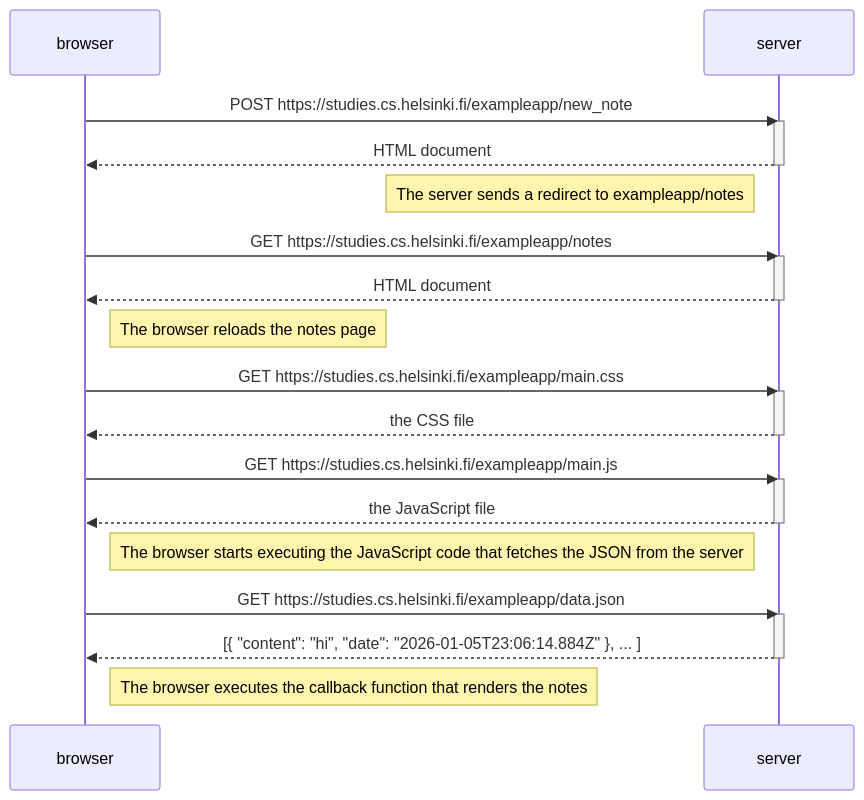
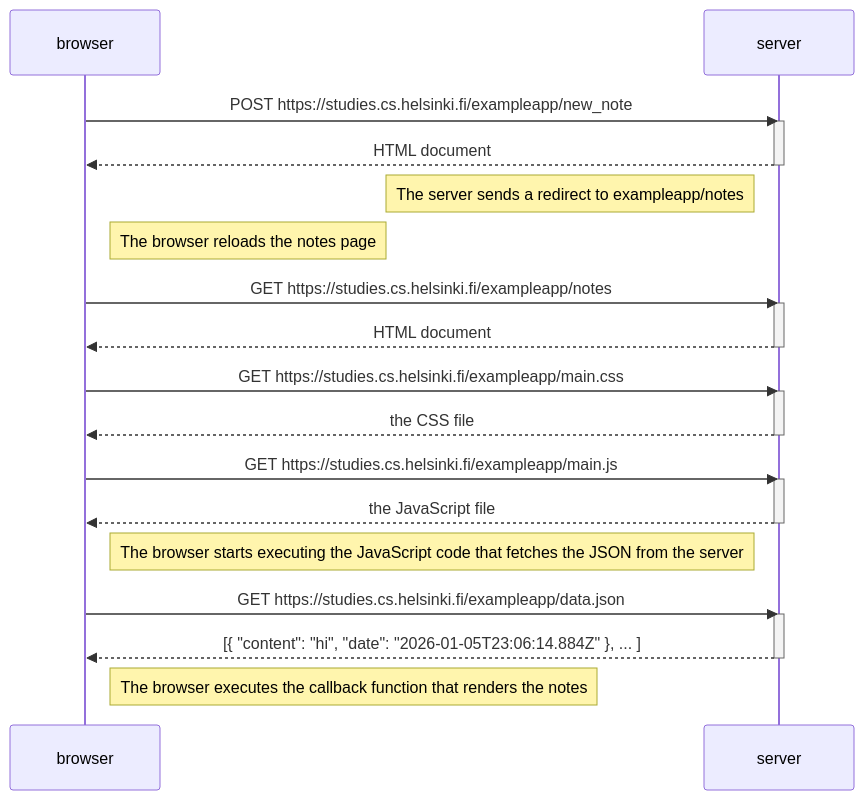
The diagram in part0/0-4.md (Valudiaz78/Full-Stack-Open-Submissions), drawn with Mermaid before and after one commit.

````diff
--- a/part0/0-4.md
+++ b/part0/0-4.md
@@ -1,37 +1,37 @@
 ```mermaid
 sequenceDiagram
     participant browser
     participant server
 
     browser->>server: POST https://studies.cs.helsinki.fi/exampleapp/new_note
     activate server
     server-->>browser: HTML document 
     deactivate server
      Note left of server: The server sends a redirect to exampleapp/notes
 
-
+    Note right of browser: The browser reloads the notes page
     browser->>server: GET https://studies.cs.helsinki.fi/exampleapp/notes
     activate server
     server-->>browser: HTML document
     deactivate server
-      Note right of browser: The browser reloads the notes page
+
 
     browser->>server: GET https://studies.cs.helsinki.fi/exampleapp/main.css
     activate server
     server-->>browser: the CSS file
     deactivate server
 
     browser->>server: GET https://studies.cs.helsinki.fi/exampleapp/main.js
     activate server
     server-->>browser: the JavaScript file
     deactivate server
 
     Note right of browser: The browser starts executing the JavaScript code that fetches the JSON from the server
 
     browser->>server: GET https://studies.cs.helsinki.fi/exampleapp/data.json
     activate server
     server-->>browser: [{ "content": "hi", "date": "2026-01-05T23:06:14.884Z" }, ... ]
     deactivate server
 
     Note right of browser: The browser executes the callback function that renders the notes
 ```
````
